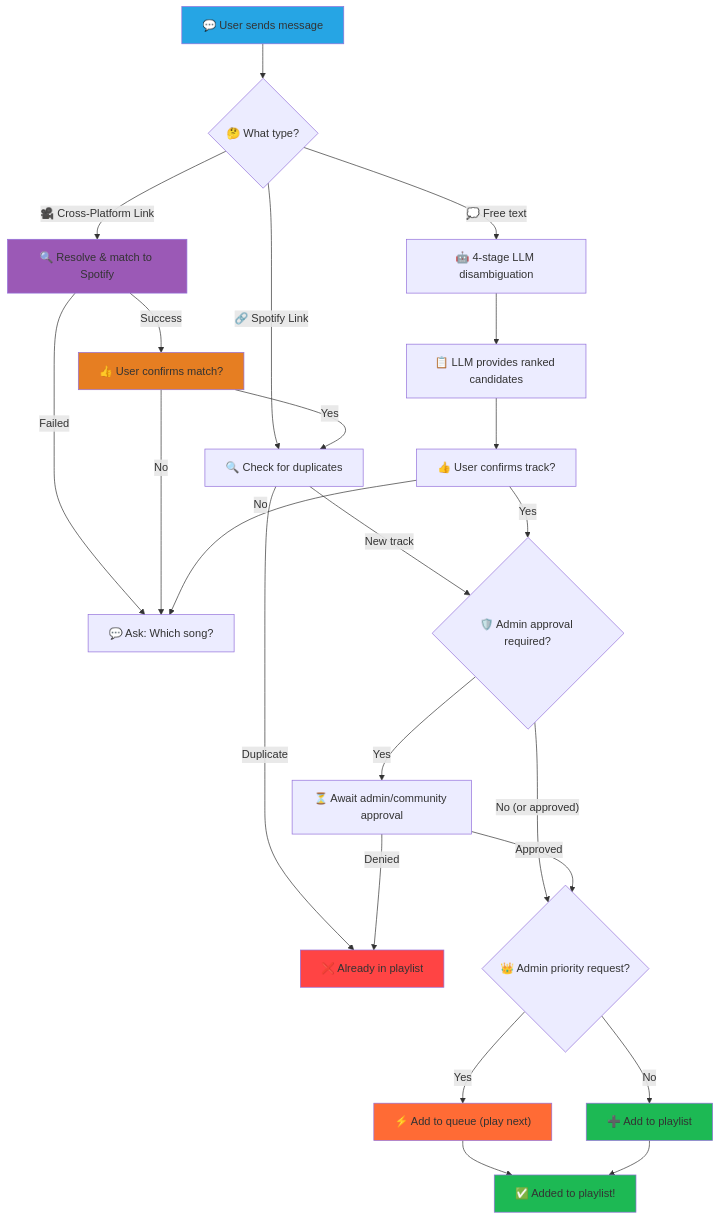
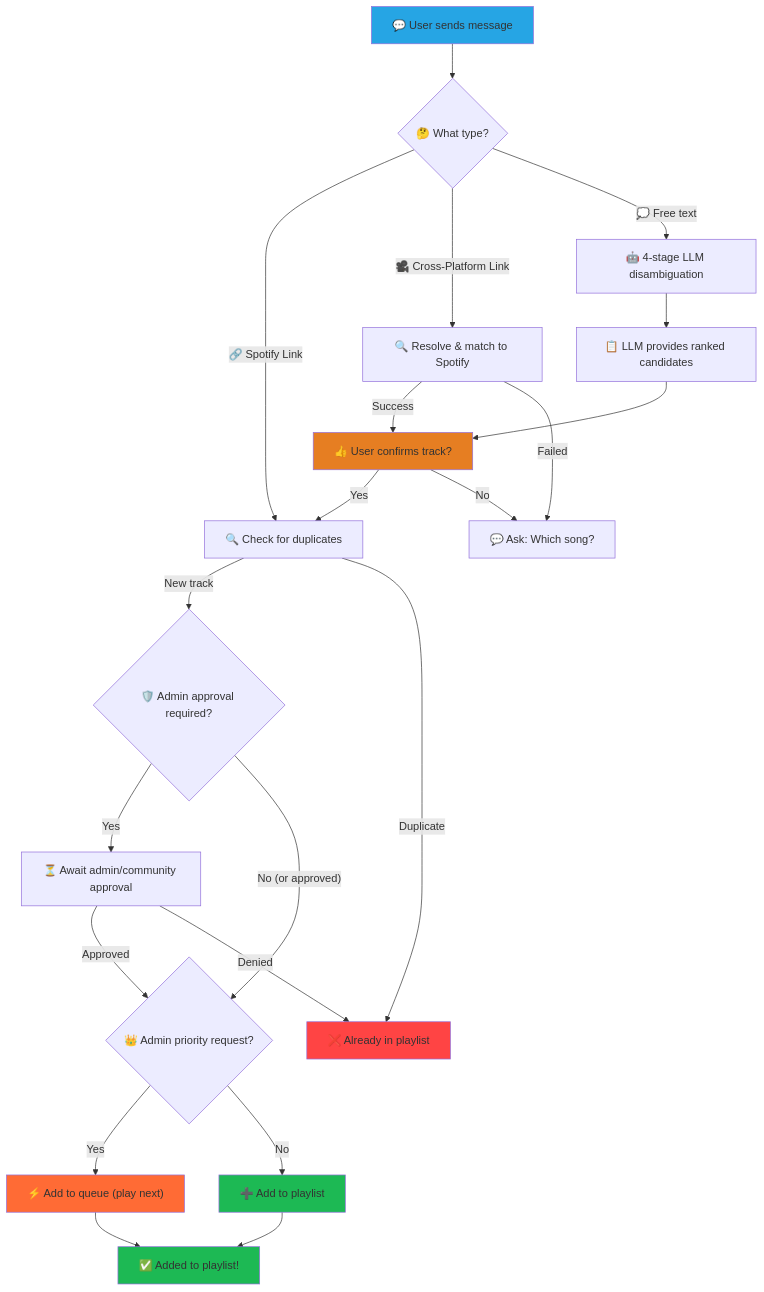
Before and after one commit to Enteee/DJAlgoRhythm: the diagram in README.md, drawn with Mermaid.

Commit message:
docs: Simplify flow diagram by merging duplicate approval nodes
Both cross-platform link matching and LLM disambiguation lead to the same
user confirmation step, so merge nodes G and C4 into a single CONFIRM node
for better clarity and accuracy.

Changes:
- Merged "User confirms match?" (C4) and "User confirms track?" (G) into single CONFIRM node
- Both cross-platform links and LLM candidates now flow through the same approval step
- Simplified diagram without changing functionality

🤖 Generated with [Claude Code](https://claude.com/claude-code)

````diff
--- a/README.md
+++ b/README.md
@@ -332,40 +332,38 @@
 ```mermaid
 graph TD
     A["💬 User sends message"] --> B{"🤔 What type?"}
     B -->|"🔗 Spotify Link"| C1["🔍 Check for duplicates"]
     B -->|"🎥 Cross-Platform Link"| C3["🔍 Resolve & match to Spotify"]
     B -->|"💭 Free text"| E["🤖 4-stage LLM disambiguation"]
 
-    C3 -->|"Success"| C4["👍 User confirms match?"]
+    C3 -->|"Success"| CONFIRM["👍 User confirms track?"]
     C3 -->|"Failed"| D["💬 Ask: Which song?"]
-    C4 -->|"Yes"| C1
-    C4 -->|"No"| D
 
     C1 -->|"New track"| C2{"🛡️ Admin approval required?"}
     C1 -->|"Duplicate"| REJECT["❌ Already in playlist"]
 
     E --> F["📋 LLM provides ranked candidates"]
-    F --> G["👍 User confirms track?"]
-    G -->|"Yes"| C2
-    G -->|"No"| D
+    F --> CONFIRM
+
+    CONFIRM -->|"Yes"| C1
+    CONFIRM -->|"No"| D
 
     C2 -->|"Yes"| ADMIN["⏳ Await admin/community approval"]
     C2 -->|"No (or approved)"| PRIORITY{"👑 Admin priority request?"}
 
     ADMIN -->|"Approved"| PRIORITY
     ADMIN -->|"Denied"| REJECT
 
     PRIORITY -->|"Yes"| QUEUE["⚡ Add to queue (play next)"]
     PRIORITY -->|"No"| PLAYLIST["➕ Add to playlist"]
 
     QUEUE --> J["✅ Priority track queued!"]
     PLAYLIST --> J["✅ Added to playlist!"]
 
     style PLAYLIST fill:#1DB954
     style QUEUE fill:#FF6B35
     style J fill:#1DB954
     style A fill:#26A5E4
     style REJECT fill:#FF4444
-    style C3 fill:#9B59B6
-    style C4 fill:#E67E22
+    style CONFIRM fill:#E67E22
 ```
````
